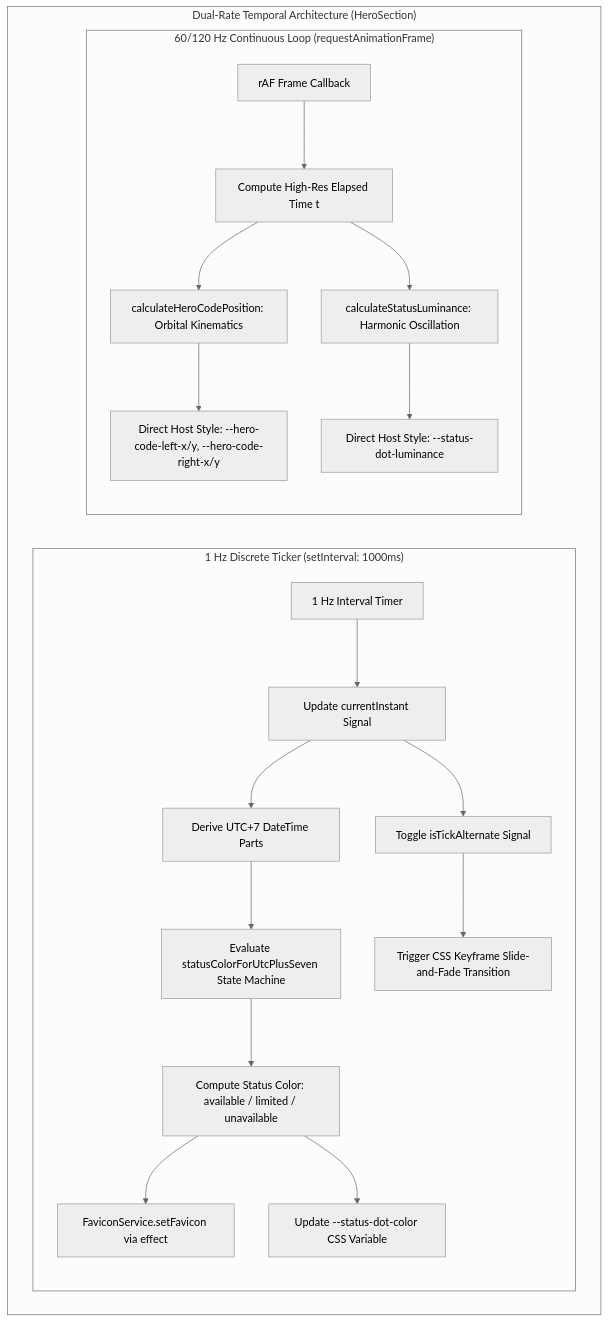
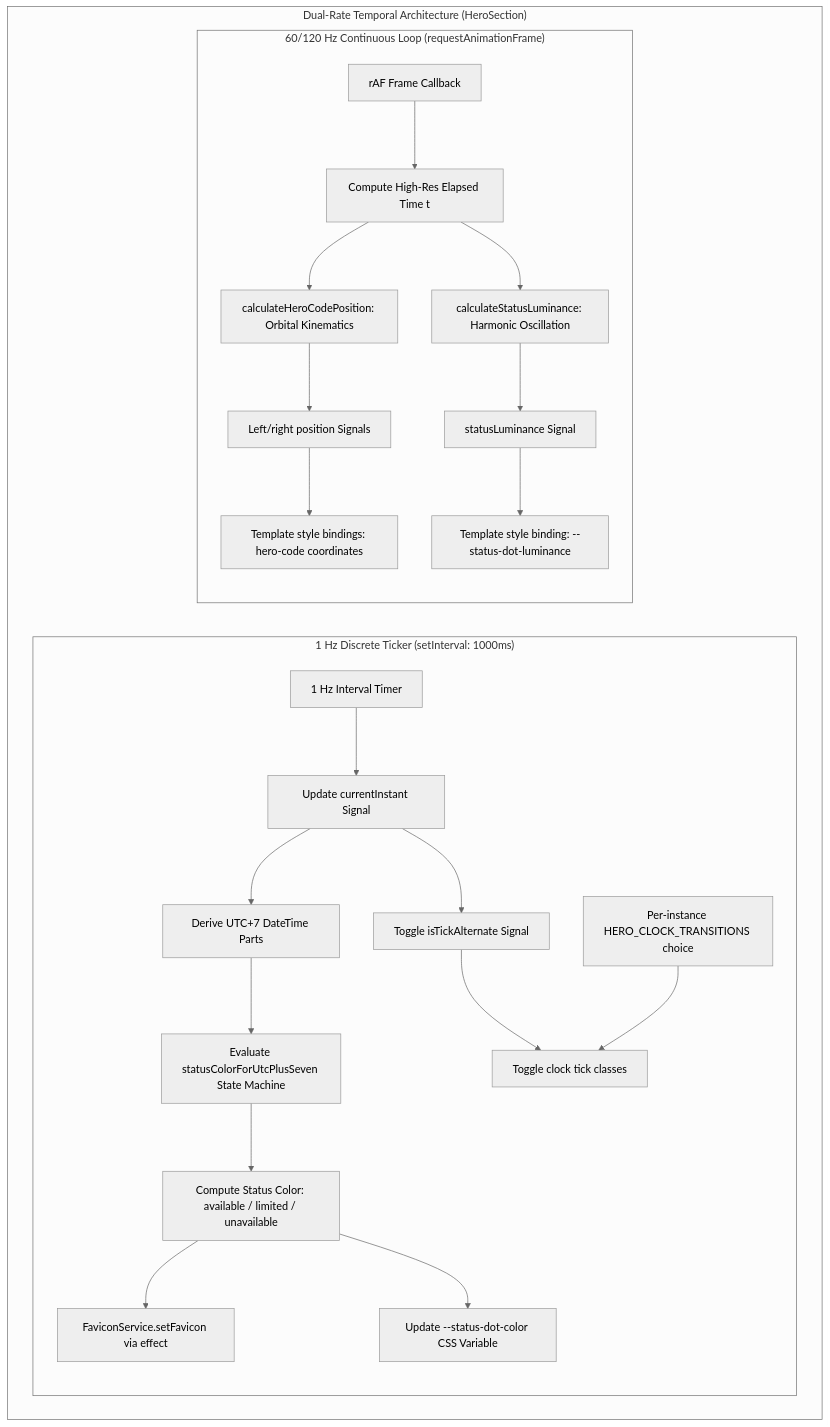
Before and after one commit to nawaphonOHM/resume: the second of 5 diagrams in README.md, drawn with Mermaid (neutral theme). The commit also changed other lines of this file and 7 other files, not shown here.

Commit message:
docs: refresh architecture and code documentation (#149)

````diff
--- a/README.md
+++ b/README.md
@@ -192,23 +215,26 @@
 ```mermaid
 flowchart TD
     subgraph TemporalEngine["Dual-Rate Temporal Architecture (HeroSection)"]
         subgraph DiscreteLoop["1 Hz Discrete Ticker (setInterval: 1000ms)"]
             TICK[1 Hz Interval Timer] --> INSTANT[Update currentInstant Signal]
             INSTANT --> UTC7[Derive UTC+7 DateTime Parts]
             UTC7 --> STAT_SM[Evaluate statusColorForUtcPlusSeven State Machine]
             STAT_SM --> STAT_COL[Compute Status Color: available / limited / unavailable]
             STAT_COL --> FAVICON[FaviconService.setFavicon via effect]
             STAT_COL --> DOT_COLOR[Update --status-dot-color CSS Variable]
             INSTANT --> TOGGLE[Toggle isTickAlternate Signal]
-            TOGGLE --> CSS_TICK[Trigger CSS Keyframe Slide-and-Fade Transition]
+            TOGGLE --> CSS_TICK[Toggle clock tick classes]
+            CLOCK_STYLE[Per-instance HERO_CLOCK_TRANSITIONS choice] --> CSS_TICK
         end
 
         subgraph ContinuousLoop["60/120 Hz Continuous Loop (requestAnimationFrame)"]
             RAF[rAF Frame Callback] --> TIME[Compute High-Res Elapsed Time t]
             TIME --> KINEMATICS[calculateHeroCodePosition: Orbital Kinematics]
             TIME --> PHOTOMETRY[calculateStatusLuminance: Harmonic Oscillation]
-            KINEMATICS --> CSS_ORBIT[Direct Host Style: --hero-code-left-x/y, --hero-code-right-x/y]
-            PHOTOMETRY --> CSS_LUM[Direct Host Style: --status-dot-luminance]
+            KINEMATICS --> ORBIT_SIGNALS[Left/right position Signals]
+            ORBIT_SIGNALS --> CSS_ORBIT[Template style bindings: hero-code coordinates]
+            PHOTOMETRY --> LUMINANCE_SIGNAL[statusLuminance Signal]
+            LUMINANCE_SIGNAL --> CSS_LUM[Template style binding: --status-dot-luminance]
         end
     end
 ```
````
